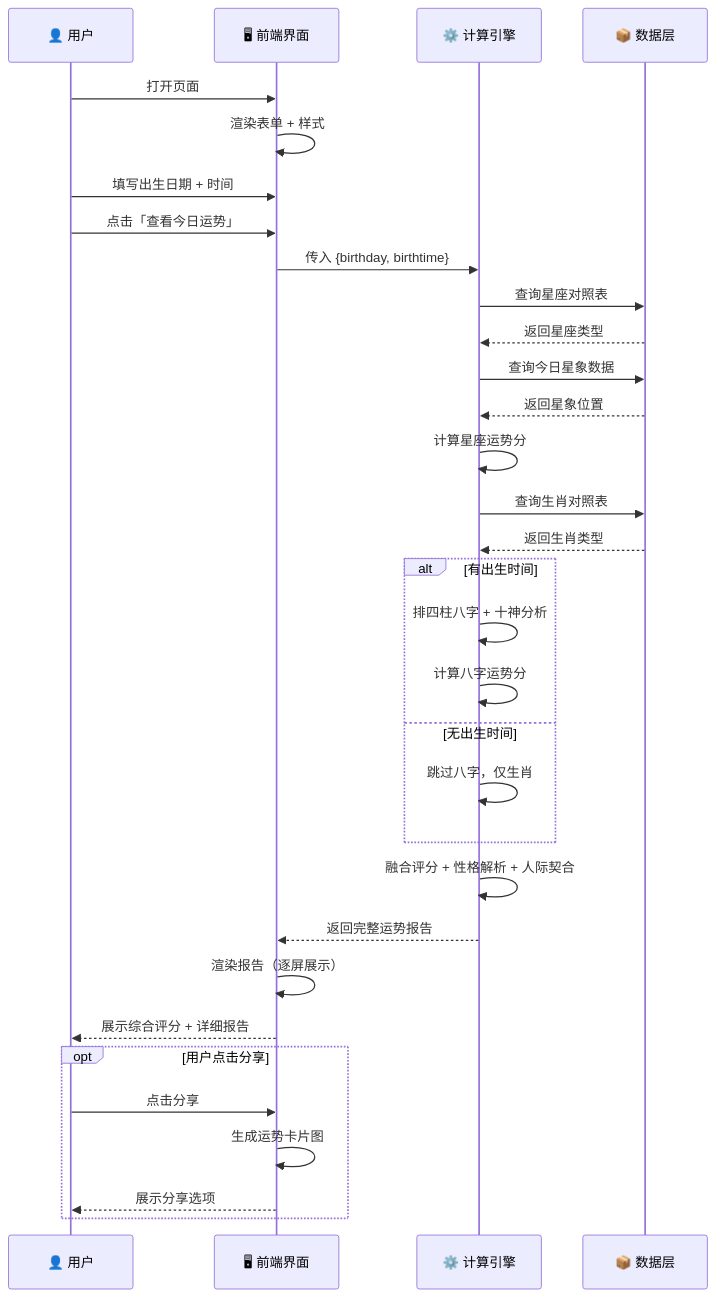
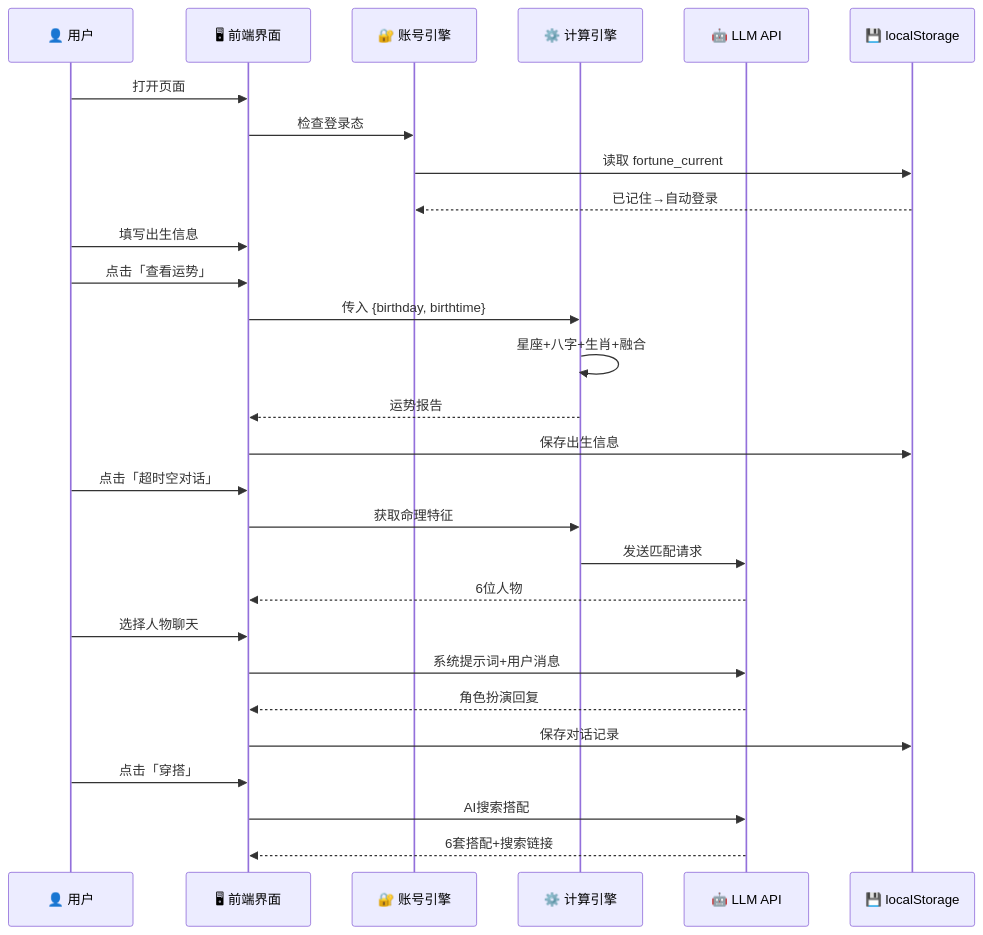
The first of 3 diagrams in docs/flowcharts/system-architecture.md (Dongby329/daily-fortune-analyzer), drawn with Mermaid before and after one commit. The commit also changed other lines of this file and 5 other files, not shown here.

First line of the commit message:
📝 同步更新全部文档——流程图/竞品/需求/市场

````diff
--- a/docs/flowcharts/system-architecture.md
+++ b/docs/flowcharts/system-architecture.md
@@ -9,40 +9,34 @@
 ```mermaid
 sequenceDiagram
     participant U as 👤 用户
     participant UI as 🖥 前端界面
+    participant Auth as 🔐 账号引擎
     participant Engine as ⚙️ 计算引擎
-    participant Data as 📦 数据层
+    participant LLM as 🤖 LLM API
+    participant Data as 💾 localStorage
 
     U->>UI: 打开页面
-    UI->>UI: 渲染表单 + 样式
-    U->>UI: 填写出生日期 + 时间
-    U->>UI: 点击「查看今日运势」
+    UI->>Auth: 检查登录态
+    Auth->>Data: 读取 fortune_current
+    Data-->>Auth: 已记住→自动登录
 
+    U->>UI: 填写出生信息
+    U->>UI: 点击「查看运势」
     UI->>Engine: 传入 {birthday, birthtime}
-    Engine->>Data: 查询星座对照表
-    Data-->>Engine: 返回星座类型
-    Engine->>Data: 查询今日星象数据
-    Data-->>Engine: 返回星象位置
-    Engine->>Engine: 计算星座运势分
+    Engine->>Engine: 星座+八字+生肖+融合
+    Engine-->>UI: 运势报告
+    UI->>Data: 保存出生信息
 
-    Engine->>Data: 查询生肖对照表
-    Data-->>Engine: 返回生肖类型
+    U->>UI: 点击「超时空对话」
+    UI->>Engine: 获取命理特征
+    Engine->>LLM: 发送匹配请求
+    LLM-->>UI: 6位人物
+    U->>UI: 选择人物聊天
+    UI->>LLM: 系统提示词+用户消息
+    LLM-->>UI: 角色扮演回复
+    UI->>Data: 保存对话记录
 
-    alt 有出生时间
-        Engine->>Engine: 排四柱八字 + 十神分析
-        Engine->>Engine: 计算八字运势分
-    else 无出生时间
-        Engine->>Engine: 跳过八字，仅生肖
-    end
-
-    Engine->>Engine: 融合评分 + 性格解析 + 人际契合
-    Engine-->>UI: 返回完整运势报告
-    UI->>UI: 渲染报告（逐屏展示）
-    UI-->>U: 展示综合评分 + 详细报告
-
-    opt 用户点击分享
-        U->>UI: 点击分享
-        UI->>UI: 生成运势卡片图
-        UI-->>U: 展示分享选项
-    end
+    U->>UI: 点击「穿搭」
+    UI->>LLM: AI搜索搭配
+    LLM-->>UI: 6套搭配+搜索链接
 ```
````
